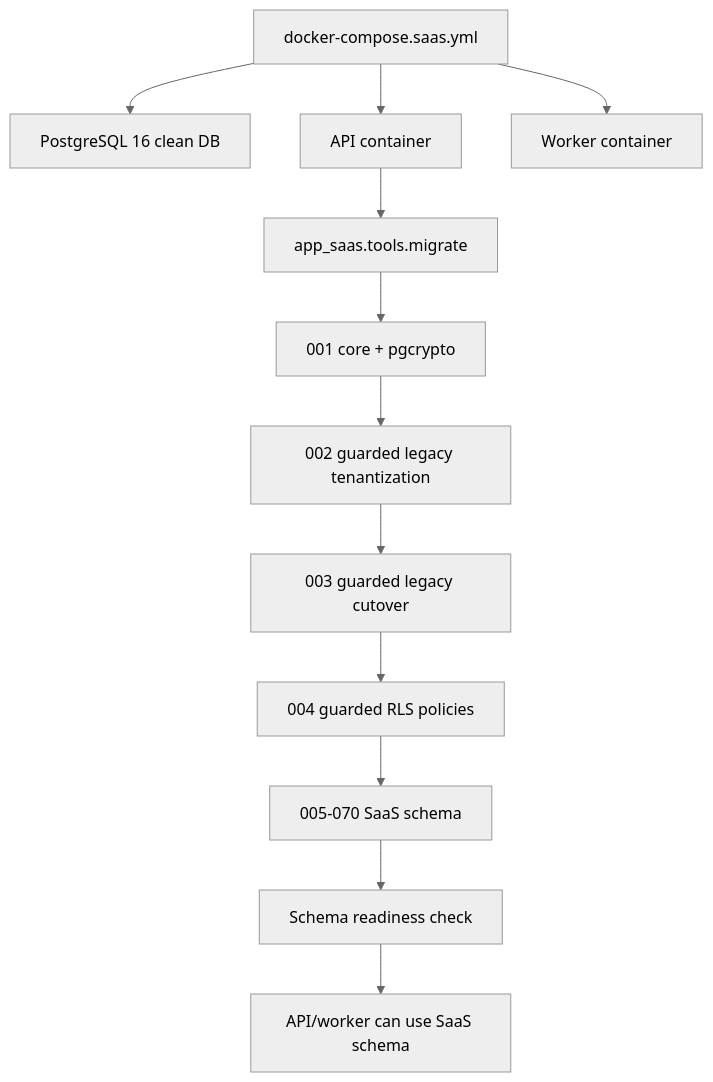
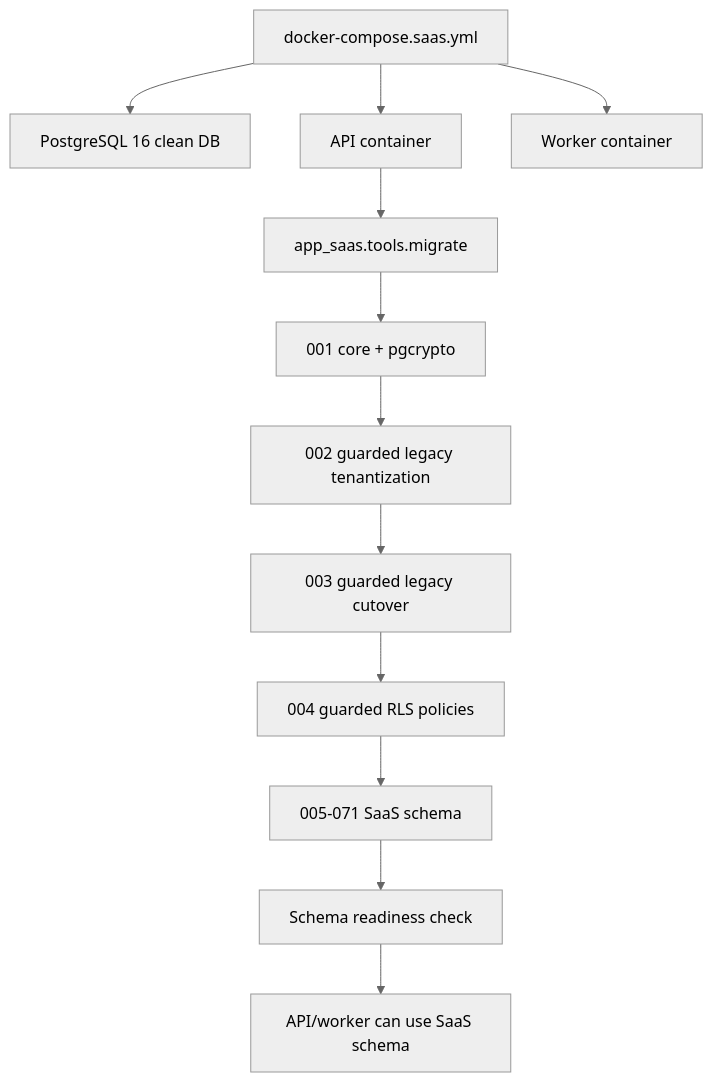
One commit to juampa1329-debug/verane-whatsapp-ai changed the second of 10 diagrams in architecture/DB_FLOW.md. Above: the diagram before and after it, drawn with Mermaid (neutral theme). The commit also changed other lines of this file and 7 other files, not shown here.

Commit message:
docs: record app boot schema drift repair

````diff
--- a/architecture/DB_FLOW.md
+++ b/architecture/DB_FLOW.md
@@ -19,14 +19,14 @@
 ```mermaid
 flowchart TB
   Compose["docker-compose.saas.yml"] --> Postgres["PostgreSQL 16 clean DB"]
   Compose --> API["API container"]
   Compose --> Worker["Worker container"]
   API --> Migrator["app_saas.tools.migrate"]
   Migrator --> SQL001["001 core + pgcrypto"]
   SQL001 --> SQL002["002 guarded legacy tenantization"]
   SQL002 --> SQL003["003 guarded legacy cutover"]
   SQL003 --> SQL004["004 guarded RLS policies"]
-  SQL004 --> SQLRest["005-070 SaaS schema"]
+  SQL004 --> SQLRest["005-071 SaaS schema"]
   SQLRest --> Check["Schema readiness check"]
   Check --> Ready["API/worker can use SaaS schema"]
 ```
````
